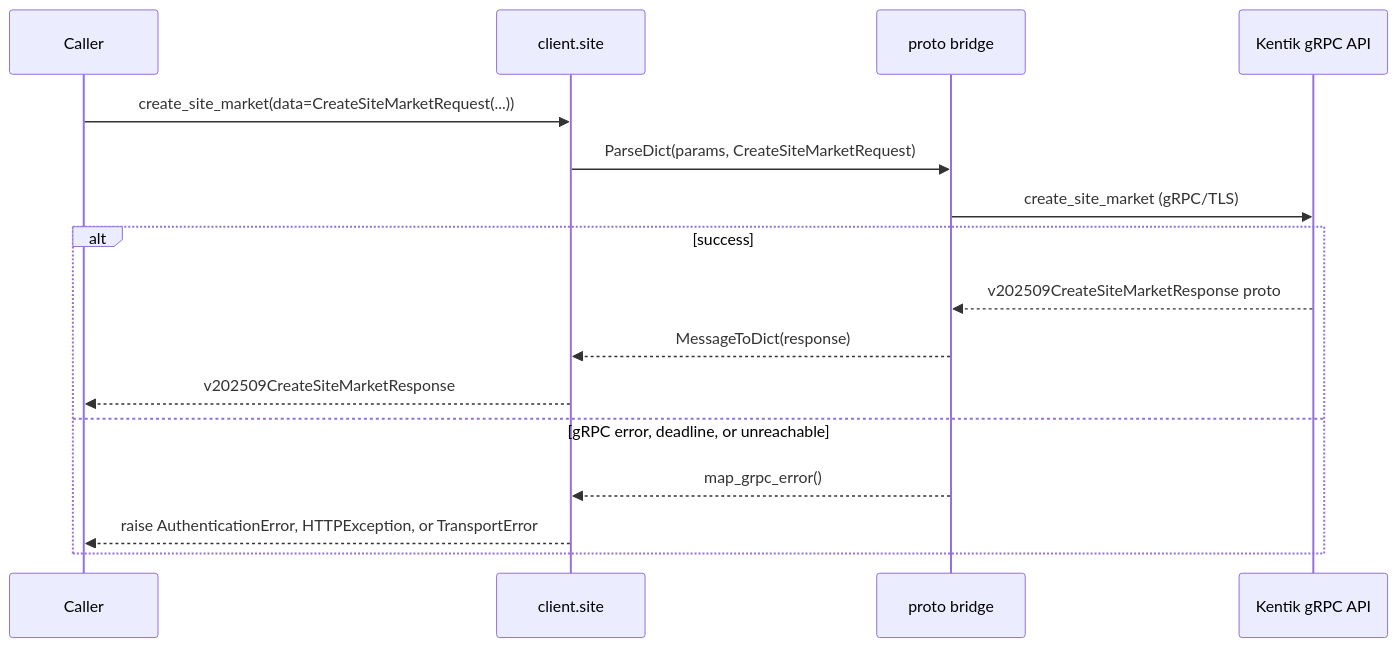
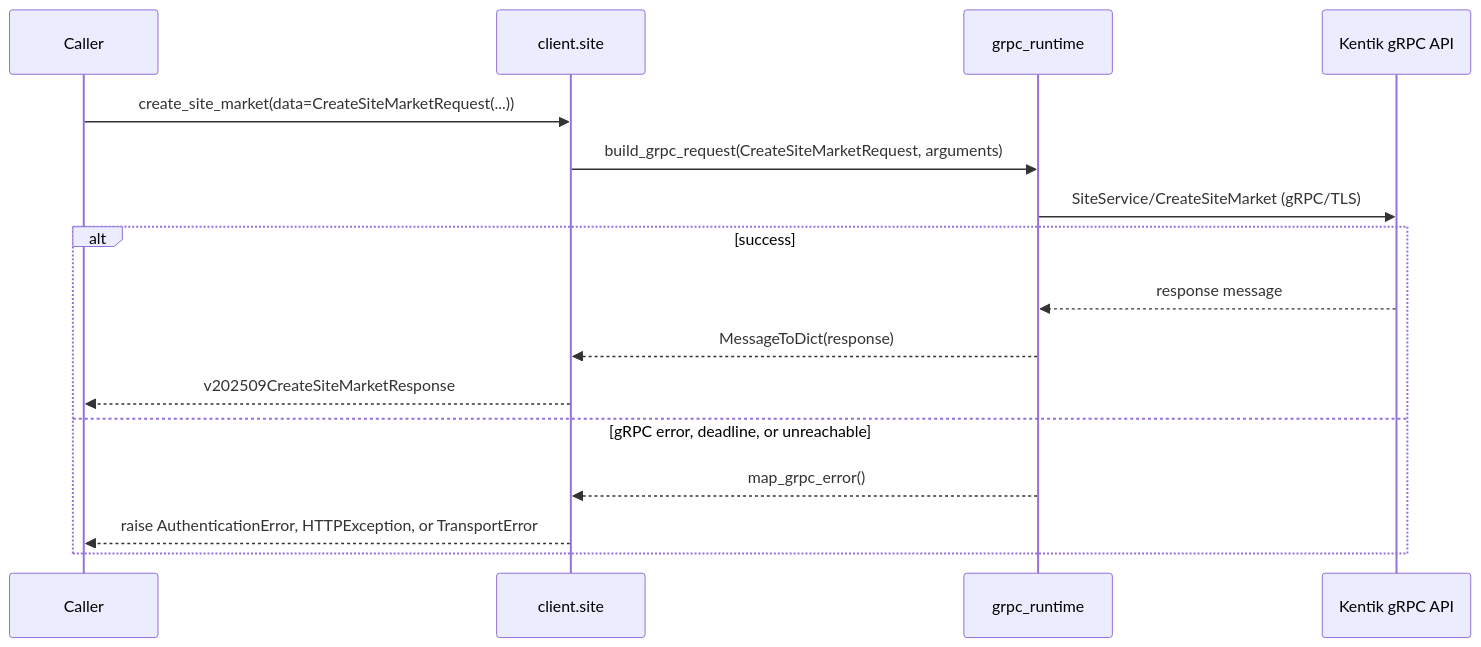
The fifth of 22 diagrams in docs/sphinx/services/site.md (alexdearaujo/community_sdk_python), drawn with Mermaid before and after one commit. The commit also changed other lines of this file and 37 other files, not shown here.

First line of the commit message:
docs: show the real RPC in each service page's gRPC diagram

````diff
--- a/docs/sphinx/services/site.md
+++ b/docs/sphinx/services/site.md
@@ -127,19 +127,19 @@
 ```mermaid
 sequenceDiagram
     participant C as Caller
     participant W as client.site
-    participant B as proto bridge
+    participant R as grpc_runtime
     participant API as Kentik gRPC API
 
     C->>W: create_site_market(data=CreateSiteMarketRequest(...))
-    W->>B: ParseDict(params, CreateSiteMarketRequest)
-    B->>API: create_site_market (gRPC/TLS)
+    W->>R: build_grpc_request(CreateSiteMarketRequest, arguments)
+    R->>API: SiteService/CreateSiteMarket (gRPC/TLS)
     alt success
-        API-->>B: v202509CreateSiteMarketResponse proto
-        B-->>W: MessageToDict(response)
+        API-->>R: response message
+        R-->>W: MessageToDict(response)
         W-->>C: v202509CreateSiteMarketResponse
     else gRPC error, deadline, or unreachable
-        B-->>W: map_grpc_error()
+        R-->>W: map_grpc_error()
         W-->>C: raise AuthenticationError, HTTPException, or TransportError
     end
 ```
````
